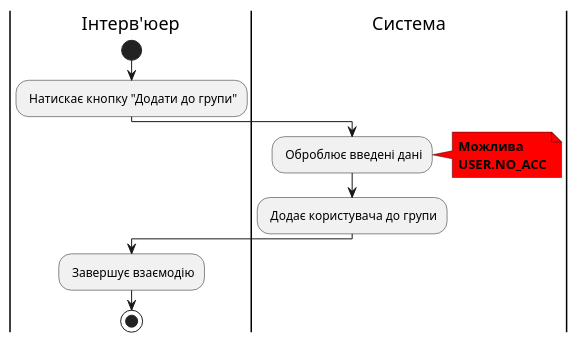
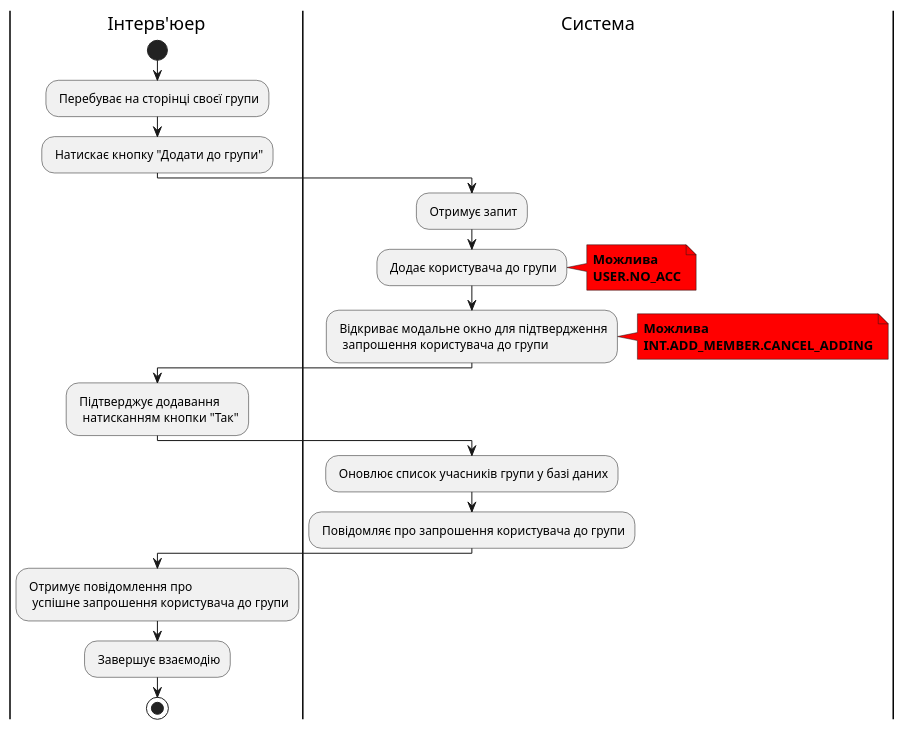
Before and after one commit to michigang1/ImForms: diagram 15 of 22 in docs/use cases/README.md, drawn with PlantUML. The commit also changed other lines of this file, not shown here.

Commit message:
Added some changes in diagrams of scenarios

```diff
--- a/docs/use cases/README.md
+++ b/docs/use cases/README.md
@@ -554,19 +679,35 @@
 @startuml
 
 |Інтерв'юер|
 start
+: Перебуває на сторінці своєї групи;
 : Натискає кнопку "Додати до групи";
 
 |Система|
-: Оброблює введені дані;
+: Отримує запит; 
+: Додає користувача до групи;
 note right #ff0000
 <b>Можлива</b>
 <b>USER.NO_ACC</b>
 end note
-
-        : Додає користувача до групи;
+: Відкриває модальне окно для підтвердження
+  запрошення користувача до групи;
+note right #ff0000
+<b>Можлива</b>
+<b>INT.ADD_MEMBER.CANCEL_ADDING</b>
+end note
 
 |Інтерв'юер|
+: Підтверджує додавання
+  натисканням кнопки "Так";
+
+|Система|
+: Оновлює список учасників групи у базі даних;
+: Повідомляє про запрошення користувача до групи;
+
+|Інтерв'юер|
+: Отримує повідомлення про
+  успішне запрошення користувача до групи;
 : Завершує взаємодію;
 stop;
 @enduml
```
